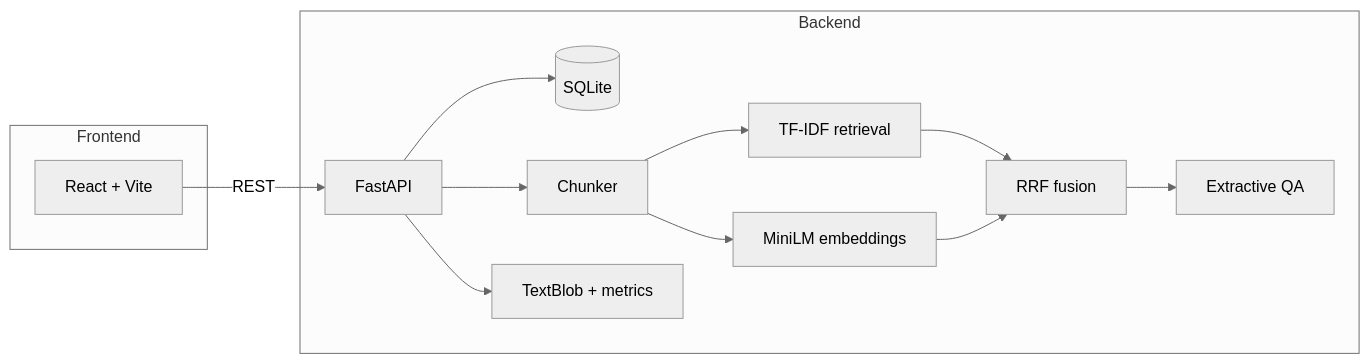
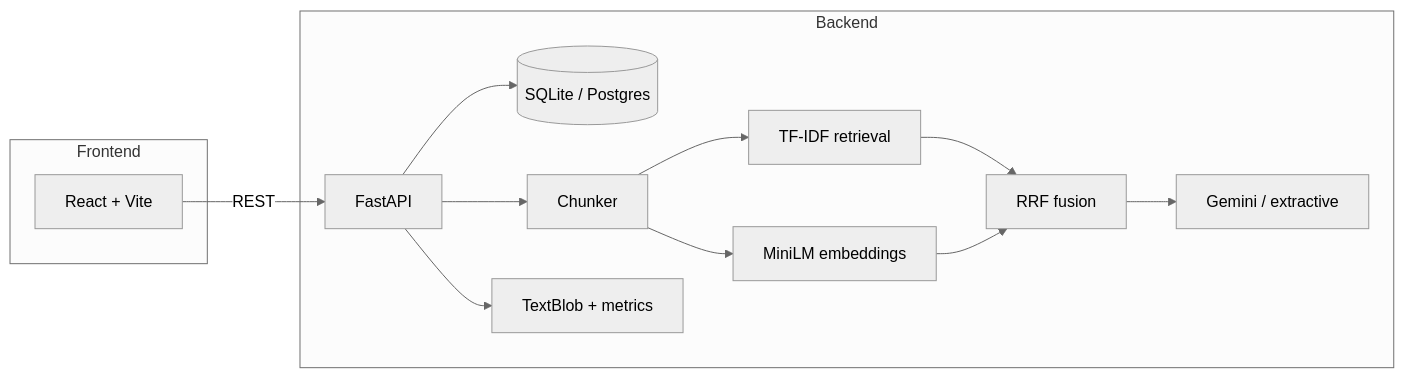
The diagram in README.md (VarshaPulikanti/MindForge), drawn with Mermaid (neutral theme) before and after one commit. The commit also changed other lines of this file and 2 other files, not shown here.

First line of the commit message:
Fix README accuracy for Gemini RAG and add MIT license.

````diff
--- a/README.md
+++ b/README.md
@@ -38,25 +38,25 @@
 ```mermaid
 flowchart LR
   subgraph Frontend
     UI[React + Vite]
   end
   subgraph Backend
     API[FastAPI]
-    DB[(SQLite)]
+    DB[(SQLite / Postgres)]
     Chunk[Chunker]
     TFIDF[TF-IDF retrieval]
     Emb[MiniLM embeddings]
     RRF[RRF fusion]
     NLP[TextBlob + metrics]
-    Chat[Extractive QA]
+    Gen[Gemini / extractive]
   end
   UI -->|REST| API
   API --> DB
   API --> Chunk
   Chunk --> TFIDF
   Chunk --> Emb
   TFIDF --> RRF
   Emb --> RRF
-  RRF --> Chat
+  RRF --> Gen
   API --> NLP
 ```
````
